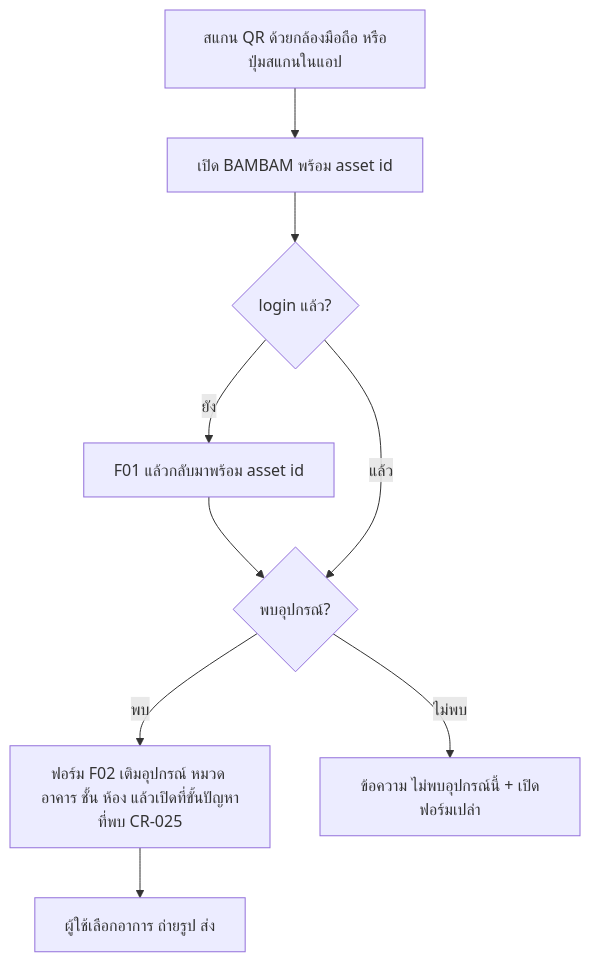
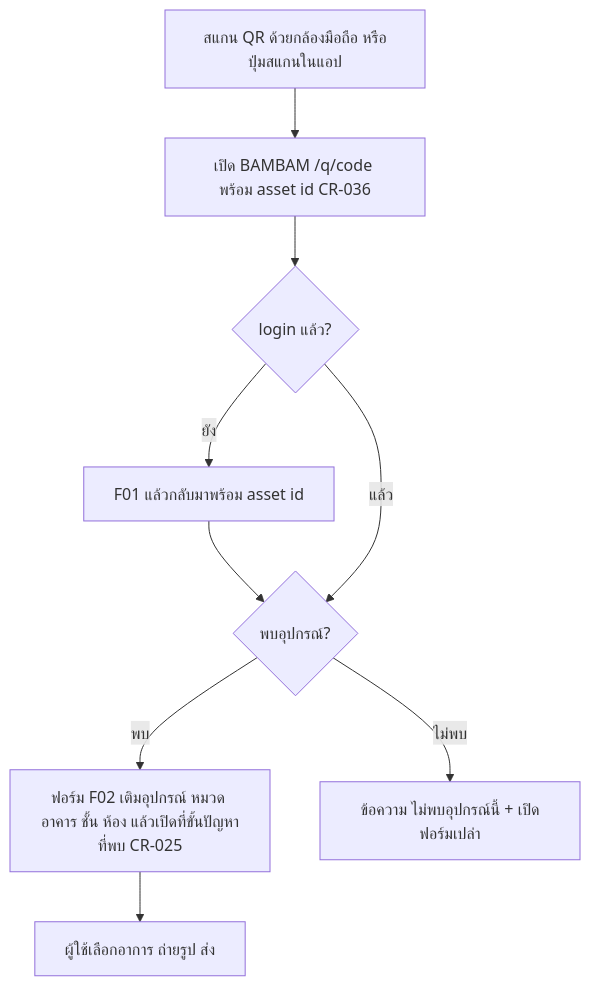
Before and after one commit to pithawat/BAMBAM: the tenth of 15 diagrams in docs/modules/repair/02-flows.md, drawn with Mermaid. The commit also changed other lines of this file and 49 other files, not shown here.

````diff
--- a/docs/modules/repair/02-flows.md
+++ b/docs/modules/repair/02-flows.md
@@ -310,9 +311,9 @@
 ```mermaid
 flowchart TD
-  A[สแกน QR ด้วยกล้องมือถือ หรือปุ่มสแกนในแอป] --> B[เปิด BAMBAM พร้อม asset id]
+  A[สแกน QR ด้วยกล้องมือถือ หรือปุ่มสแกนในแอป] --> B[เปิด BAMBAM /q/code พร้อม asset id CR-036]
   B --> C{login แล้ว?}
   C -- ยัง --> L[F01 แล้วกลับมาพร้อม asset id] --> D
   C -- แล้ว --> D{พบอุปกรณ์?}
   D -- พบ --> E[ฟอร์ม F02 เติมอุปกรณ์ หมวด อาคาร ชั้น ห้อง แล้วเปิดที่ขั้นปัญหาที่พบ CR-025] --> F[ผู้ใช้เลือกอาการ ถ่ายรูป ส่ง]
   D -- ไม่พบ --> G[ข้อความ ไม่พบอุปกรณ์นี้ + เปิดฟอร์มเปล่า]
 ```
````
